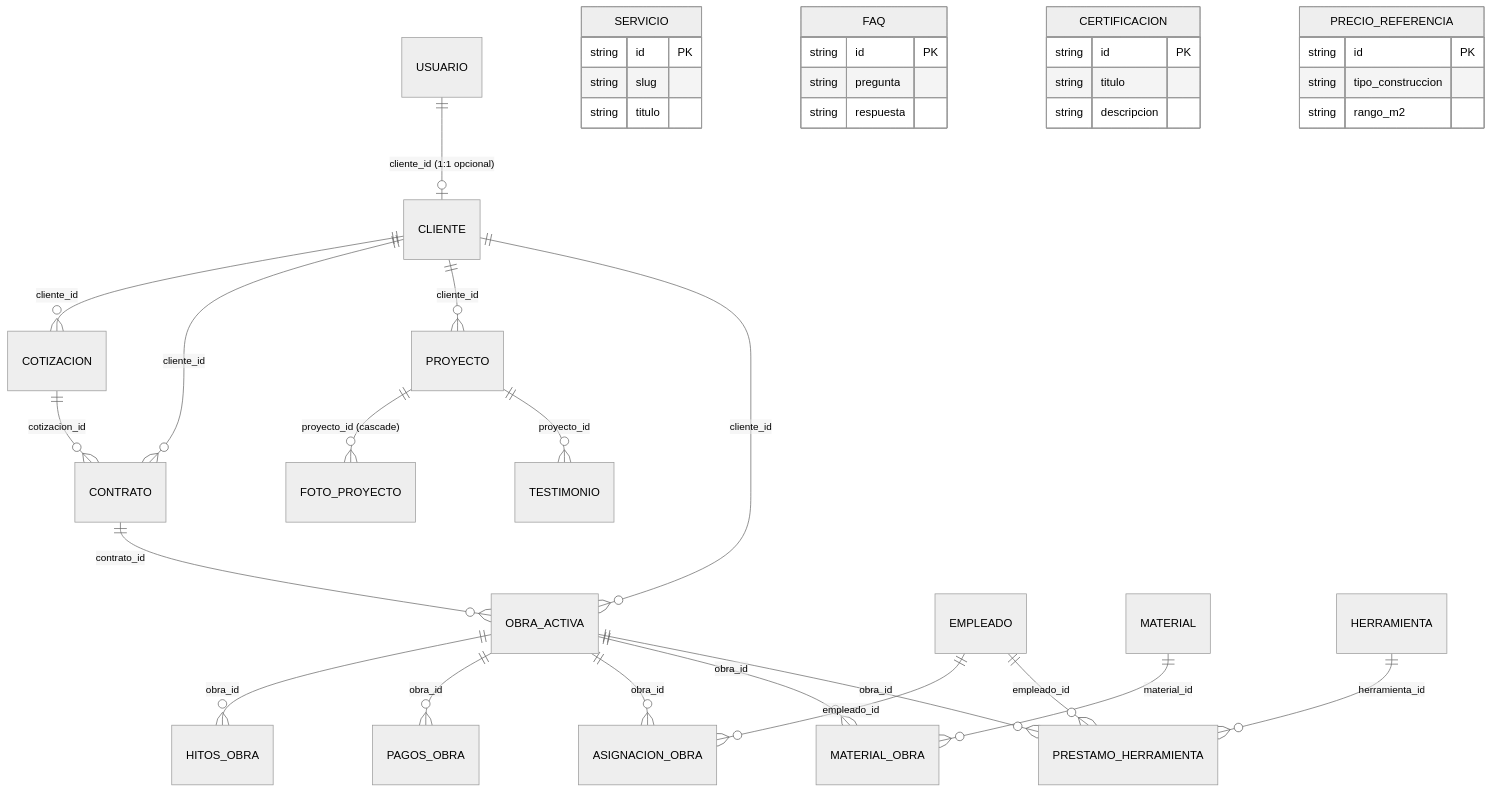
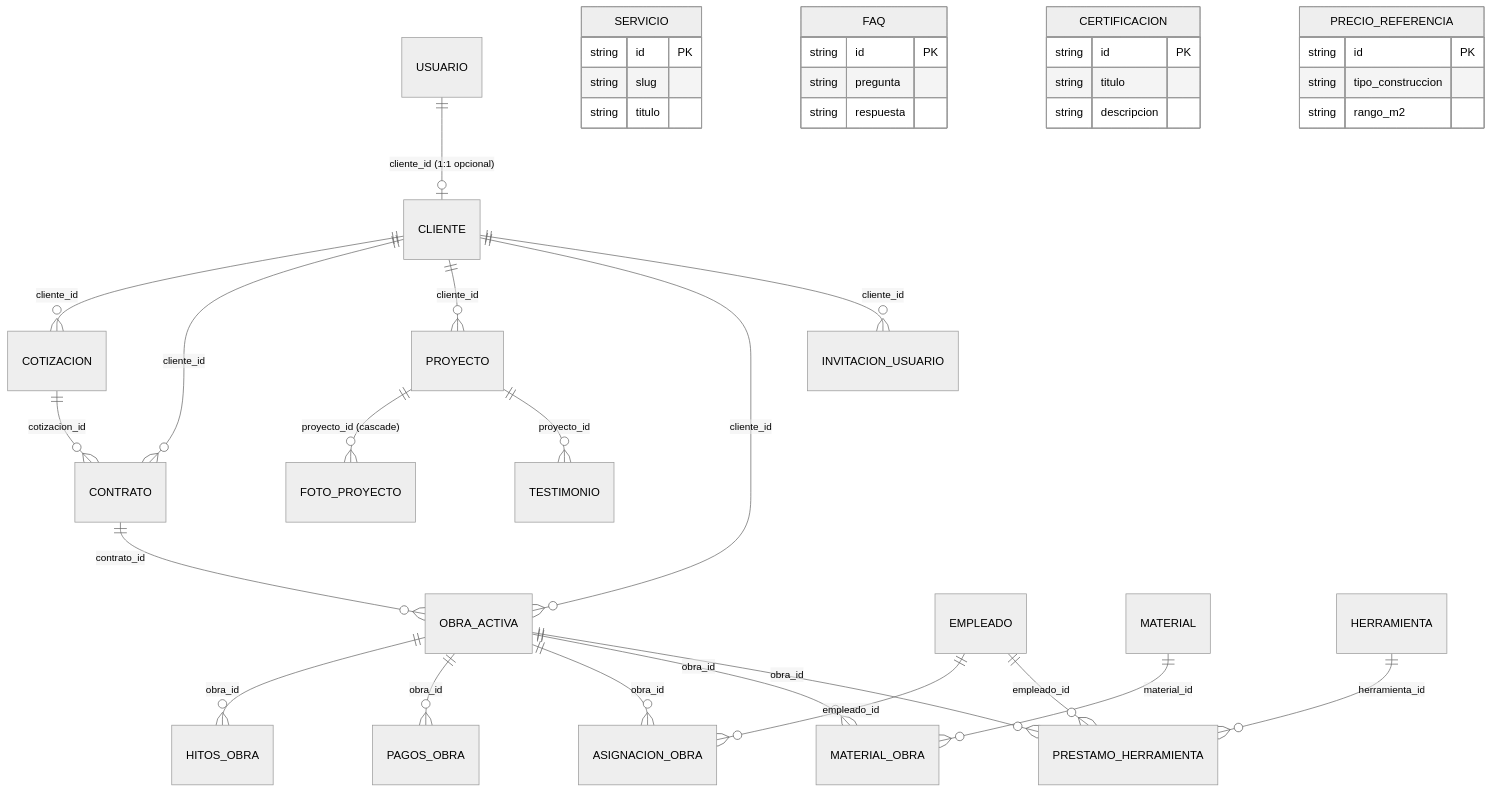
One commit to Rodrigo-Pacosillo/App-construcci-n- changed the diagram in DATABASE.md. Above: the diagram before and after it, drawn with Mermaid (neutral theme). The commit also changed other lines of this file and 2 other files, not shown here.

````diff
--- a/DATABASE.md
+++ b/DATABASE.md
@@ -340,42 +356,43 @@
 ```mermaid
 erDiagram
     USUARIO ||--o| CLIENTE : "cliente_id (1:1 opcional)"
     CLIENTE ||--o{ COTIZACION : "cliente_id"
     CLIENTE ||--o{ CONTRATO : "cliente_id"
     CLIENTE ||--o{ PROYECTO : "cliente_id"
     CLIENTE ||--o{ OBRA_ACTIVA : "cliente_id"
+    CLIENTE ||--o{ INVITACION_USUARIO : "cliente_id"
     COTIZACION ||--o{ CONTRATO : "cotizacion_id"
     CONTRATO ||--o{ OBRA_ACTIVA : "contrato_id"
     PROYECTO ||--o{ FOTO_PROYECTO : "proyecto_id (cascade)"
     PROYECTO ||--o{ TESTIMONIO : "proyecto_id"
     OBRA_ACTIVA ||--o{ HITOS_OBRA : "obra_id"
     OBRA_ACTIVA ||--o{ PAGOS_OBRA : "obra_id"
     EMPLEADO ||--o{ ASIGNACION_OBRA : "empleado_id"
     OBRA_ACTIVA ||--o{ ASIGNACION_OBRA : "obra_id"
     MATERIAL ||--o{ MATERIAL_OBRA : "material_id"
     OBRA_ACTIVA ||--o{ MATERIAL_OBRA : "obra_id"
     HERRAMIENTA ||--o{ PRESTAMO_HERRAMIENTA : "herramienta_id"
     EMPLEADO ||--o{ PRESTAMO_HERRAMIENTA : "empleado_id"
     OBRA_ACTIVA ||--o{ PRESTAMO_HERRAMIENTA : "obra_id"
 
     SERVICIO {
         string id PK
         string slug
         string titulo
     }
     FAQ {
         string id PK
         string pregunta
         string respuesta
     }
     CERTIFICACION {
         string id PK
         string titulo
         string descripcion
     }
     PRECIO_REFERENCIA {
         string id PK
         string tipo_construccion
         string rango_m2
     }
 ```
````
